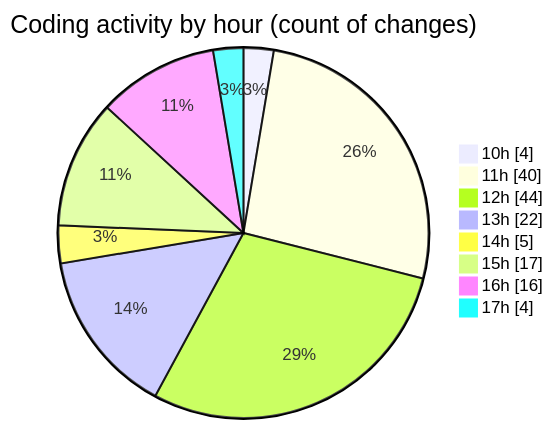
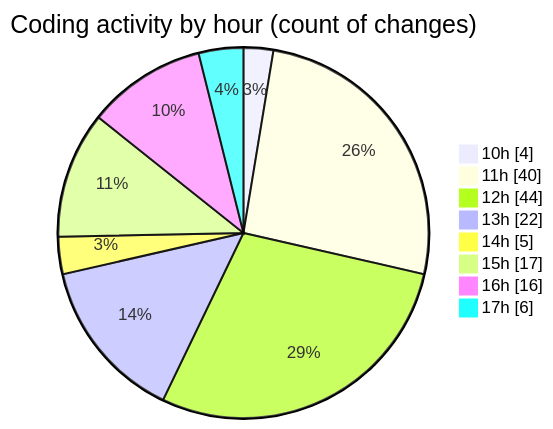
Before and after one commit to nxtqubesakshisongat/code-tracking: the second of 2 diagrams in 2025-07-28/nxtqube_webapp/README.md, drawn with Mermaid. The commit also changed other lines of this file and 1 other file, not shown here.

````diff
--- a/2025-07-28/nxtqube_webapp/README.md
+++ b/2025-07-28/nxtqube_webapp/README.md
@@ -56,12 +56,12 @@
 ```mermaid
 pie showData
 title Coding activity by hour (count of changes)
 "10h" : 4
 "11h" : 40
 "12h" : 44
 "13h" : 22
 "14h" : 5
 "15h" : 17
 "16h" : 16
-"17h" : 4
+"17h" : 6
 ```
````
